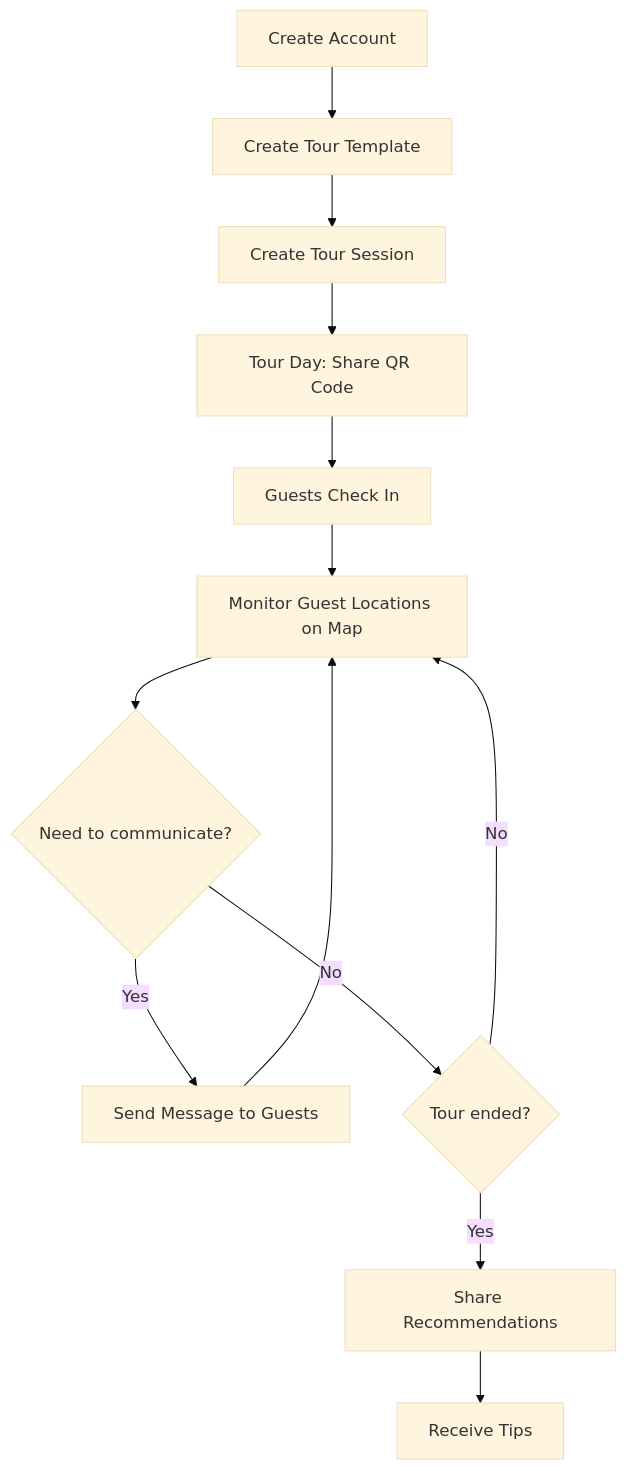
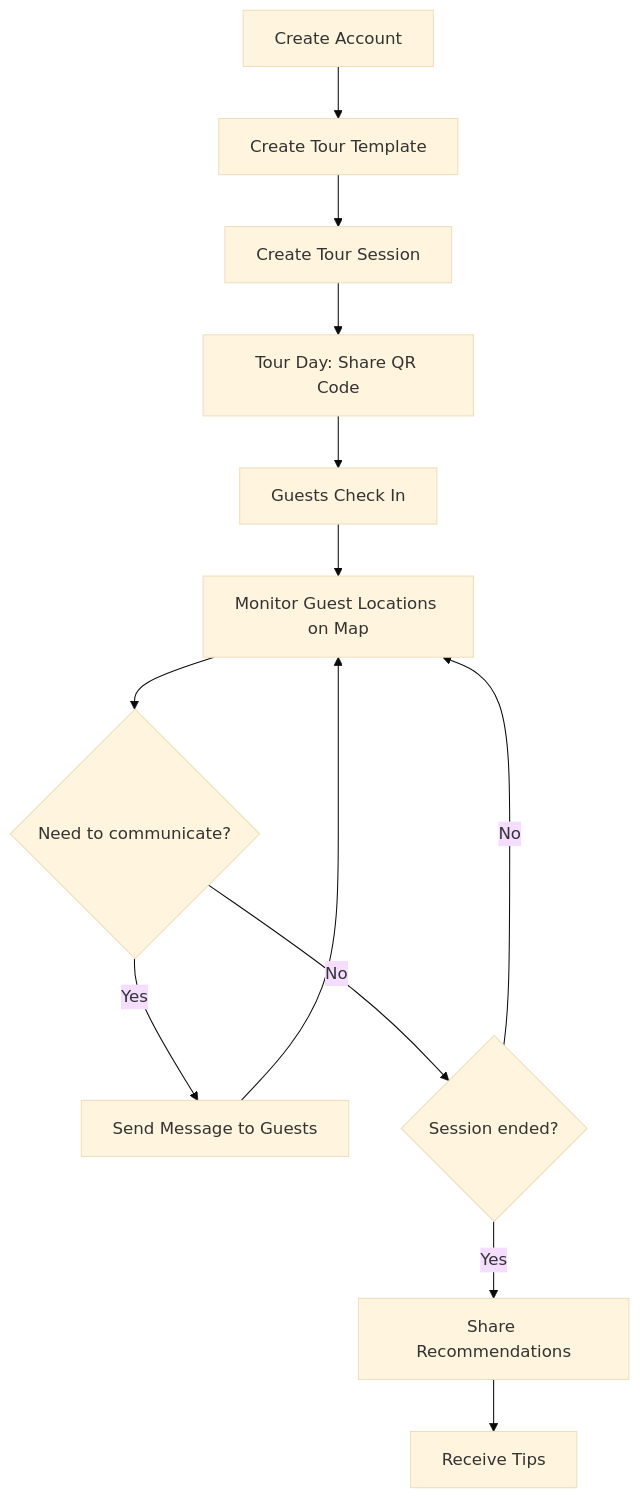
One commit to wariya-placehub/triptoe-docs changed the first of 3 diagrams in 1_product_overview.md. Above: the diagram before and after it, drawn with Mermaid (base theme). The commit also changed other lines of this file and 5 other files, not shown here.

````diff
--- a/1_product_overview.md
+++ b/1_product_overview.md
@@ -58,15 +58,15 @@
 ```mermaid
 flowchart TD
     A[Create Account] --> B[Create Tour Template]
     B --> C[Create Tour Session]
     C --> D[Tour Day: Share QR Code]
     D --> E[Guests Check In]
     E --> F[Monitor Guest Locations on Map]
     F --> G{Need to communicate?}
     G -->|Yes| H[Send Message to Guests]
     H --> F
-    G -->|No| I{Tour ended?}
+    G -->|No| I{Session ended?}
     I -->|No| F
     I -->|Yes| J[Share Recommendations]
     J --> K[Receive Tips]
 ```
````
